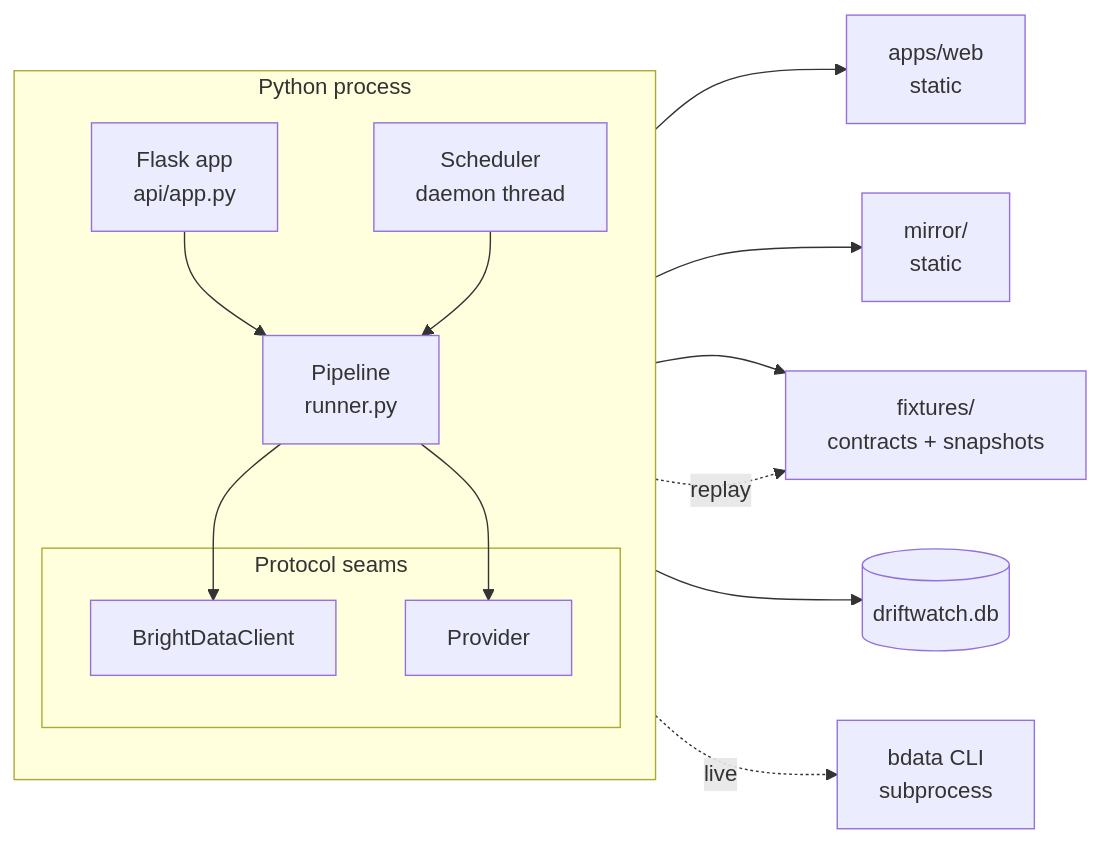
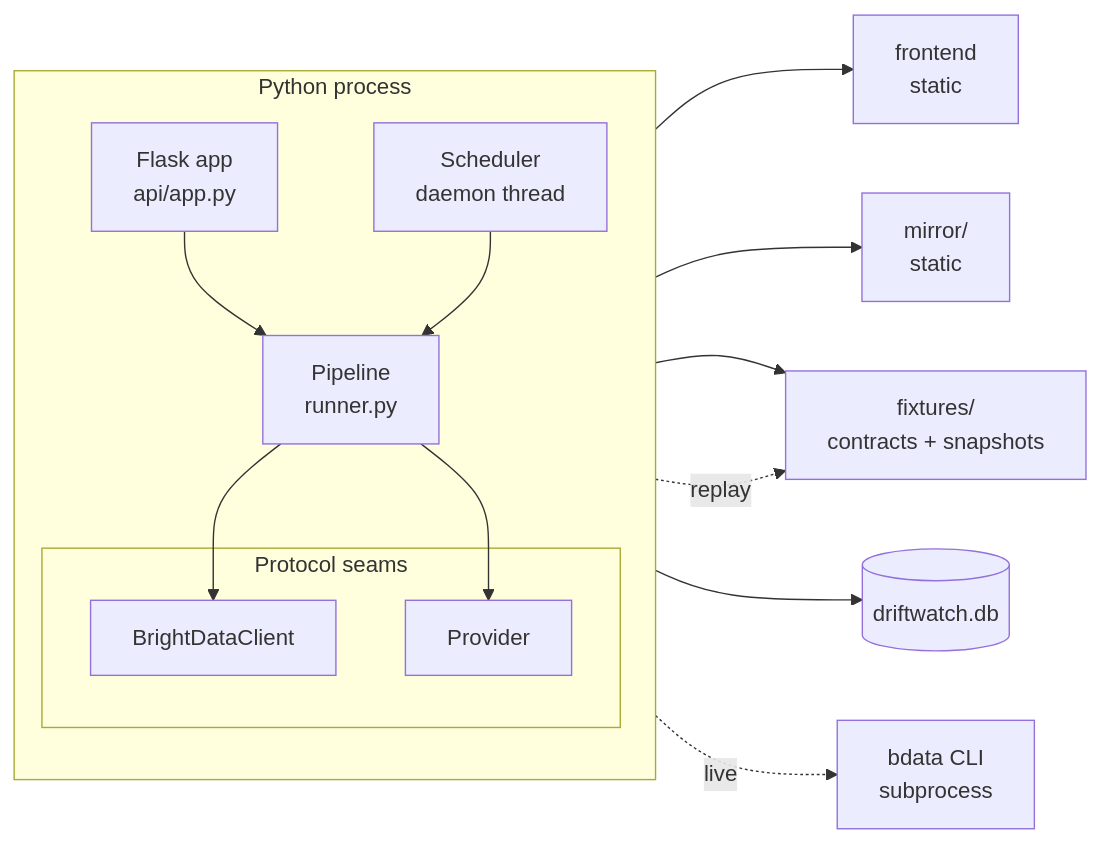
The second of 6 diagrams in docs/03_Architecture/HLD.md (Hydra-Of-Malice/Driftwatch), drawn with Mermaid before and after one commit. The commit also changed other lines of this file and 31 other files, not shown here.

````diff
--- a/docs/03_Architecture/HLD.md
+++ b/docs/03_Architecture/HLD.md
@@ -66,28 +66,28 @@
 ```mermaid
 flowchart LR
   subgraph proc[Python process]
     direction TB
     F[Flask app<br/>api/app.py]
     S[Scheduler<br/>daemon thread]
     P[Pipeline<br/>runner.py]
     subgraph seams[Protocol seams]
       BC[BrightDataClient]
       PR[Provider]
     end
   end
-  W[apps/web<br/>static]
+  W[frontend<br/>static]
   M[mirror/<br/>static]
   FX[fixtures/<br/>contracts + snapshots]
   D[(driftwatch.db)]
 
   F --> P
   S --> P
   P --> BC
   P --> PR
   F --> W
   F --> M
   P --> FX
   P --> D
   BC -.replay.-> FX
   BC -.live.-> CLI[bdata CLI<br/>subprocess]
 ```
````
